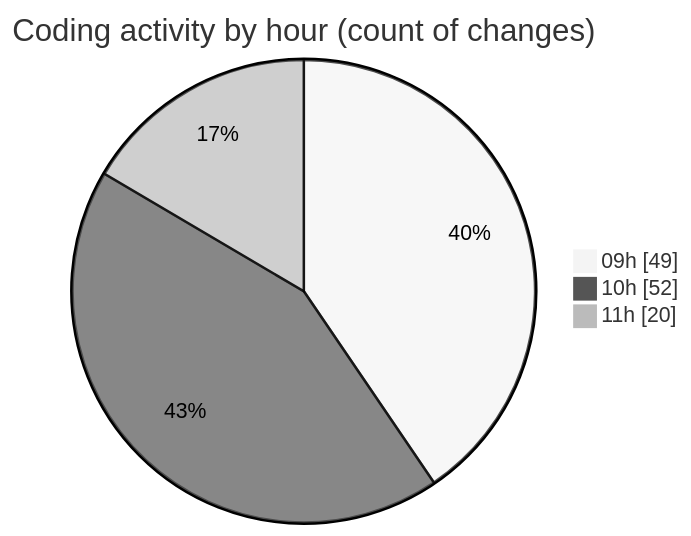
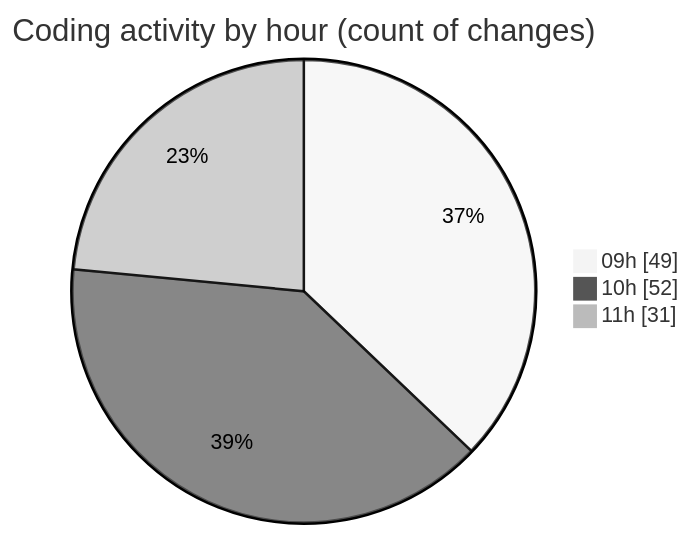
Before and after one commit to momahboobian/code-tracking: the second of 2 diagrams in 2026-08-10/cda/README.md, drawn with Mermaid (neutral theme). The commit also changed other lines of this file and 1 other file, not shown here.

````diff
--- a/2026-08-10/cda/README.md
+++ b/2026-08-10/cda/README.md
@@ -44,7 +44,7 @@
 ```mermaid
 pie showData
 title Coding activity by hour (count of changes)
 "09h" : 49
 "10h" : 52
-"11h" : 20
+"11h" : 31
 ```
````
